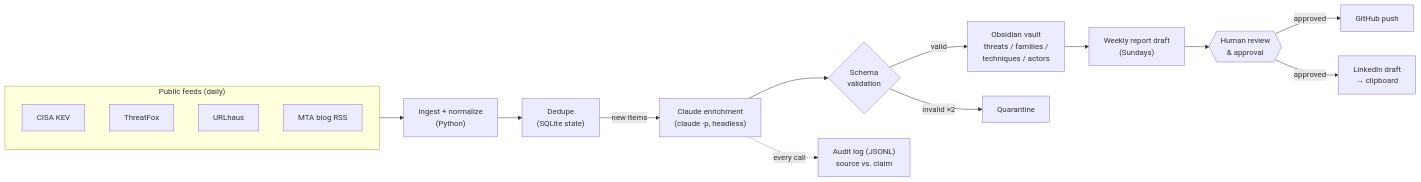
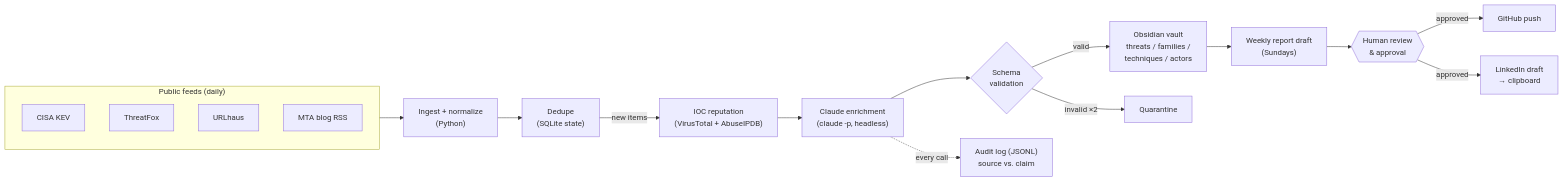
The diagram in README.md (benjaminchoe123/threat-intel-pipeline), drawn with Mermaid before and after one commit. The commit also changed other lines of this file and 13 other files, not shown here.

First line of the commit message:
IOC reputation stage: VirusTotal + AbuseIPDB context for enrichment

````diff
--- a/README.md
+++ b/README.md
@@ -14,20 +14,21 @@
 ```mermaid
 flowchart LR
     subgraph feeds["Public feeds (daily)"]
         KEV["CISA KEV"]
         TF["ThreatFox"]
         UH["URLhaus"]
         MTA["MTA blog RSS"]
     end
     feeds --> ING["Ingest + normalize<br/>(Python)"]
     ING --> DEDUPE["Dedupe<br/>(SQLite state)"]
-    DEDUPE -->|new items| ENRICH["Claude enrichment<br/>(claude -p, headless)"]
+    DEDUPE -->|new items| REP["IOC reputation<br/>(VirusTotal + AbuseIPDB)"]
+    REP --> ENRICH["Claude enrichment<br/>(claude -p, headless)"]
     ENRICH --> VALIDATE{"Schema<br/>validation"}
     VALIDATE -->|valid| VAULT["Obsidian vault<br/>threats / families /<br/>techniques / actors"]
     VALIDATE -->|invalid ×2| QUAR["Quarantine"]
     ENRICH -.every call.-> AUDIT["Audit log (JSONL)<br/>source vs. claim"]
     VAULT --> WEEKLY["Weekly report draft<br/>(Sundays)"]
     WEEKLY --> HUMAN{{"Human review<br/>& approval"}}
     HUMAN -->|approved| GH["GitHub push"]
     HUMAN -->|approved| LI["LinkedIn draft<br/>→ clipboard"]
 ```
````
